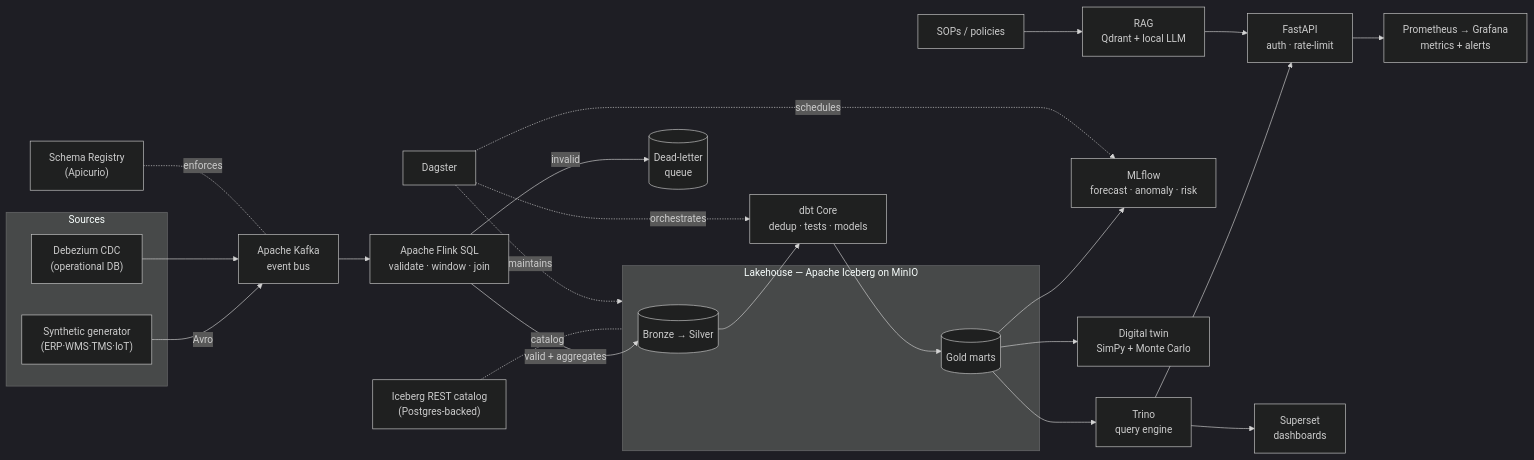
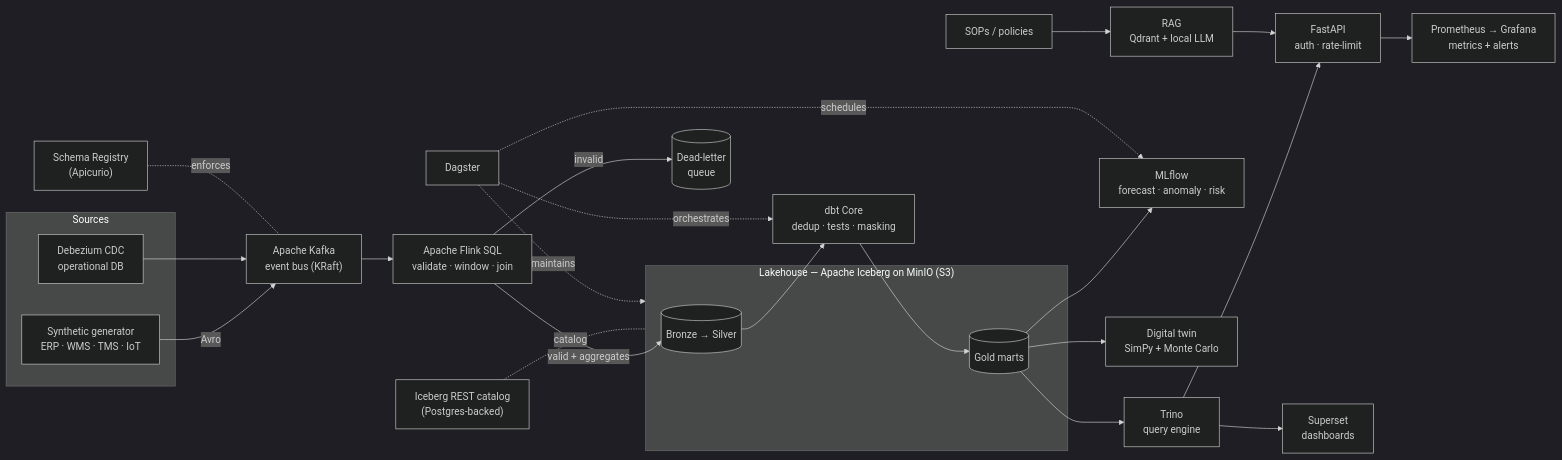
Before and after one commit to koutilyaY/Real-time-supply-chain-data-platform: the diagram in README.md, drawn with Mermaid (dark theme). The commit also changed other lines of this file and 1 other file, not shown here.

````diff
--- a/README.md
+++ b/README.md
@@ -63,34 +63,34 @@
 ```mermaid
 flowchart LR
   subgraph SOURCES["Sources"]
-    GEN["Synthetic generator<br/>(ERP·WMS·TMS·IoT)"]
-    CDC["Debezium CDC<br/>(operational DB)"]
+    GEN["Synthetic generator<br/>ERP · WMS · TMS · IoT"]
+    CDC["Debezium CDC<br/>operational DB"]
   end
 
   GEN -- "Avro" --> K
   CDC --> K
   SR["Schema Registry<br/>(Apicurio)"] -. enforces .- K
-  K["Apache Kafka<br/>event bus"] --> F["Apache Flink SQL<br/>validate · window · join"]
+  K["Apache Kafka<br/>event bus (KRaft)"] --> F["Apache Flink SQL<br/>validate · window · join"]
   F -- "invalid" --> DLQ[("Dead-letter<br/>queue")]
   F -- "valid + aggregates" --> ICE
 
-  subgraph LAKE["Lakehouse — Apache Iceberg on MinIO"]
+  subgraph LAKE["Lakehouse — Apache Iceberg on MinIO (S3)"]
     ICE[("Bronze → Silver")]
     GOLD[("Gold marts")]
   end
   REST["Iceberg REST catalog<br/>(Postgres-backed)"] -. catalog .- LAKE
 
-  ICE --> DBT["dbt Core<br/>dedup · tests · models"] --> GOLD
+  ICE --> DBT["dbt Core<br/>dedup · tests · masking"] --> GOLD
   GOLD --> TR["Trino<br/>query engine"]
   TR --> API["FastAPI<br/>auth · rate-limit"]
   TR --> BI["Superset<br/>dashboards"]
   GOLD --> ML["MLflow<br/>forecast · anomaly · risk"]
   GOLD --> TWIN["Digital twin<br/>SimPy + Monte Carlo"]
   DOCS["SOPs / policies"] --> RAG["RAG<br/>Qdrant + local LLM"]
   RAG --> API
 
   DAG["Dagster"] -. orchestrates .-> DBT
   DAG -. schedules .-> ML
   DAG -. maintains .-> LAKE
   API --> PROM["Prometheus → Grafana<br/>metrics + alerts"]
 ```
````
